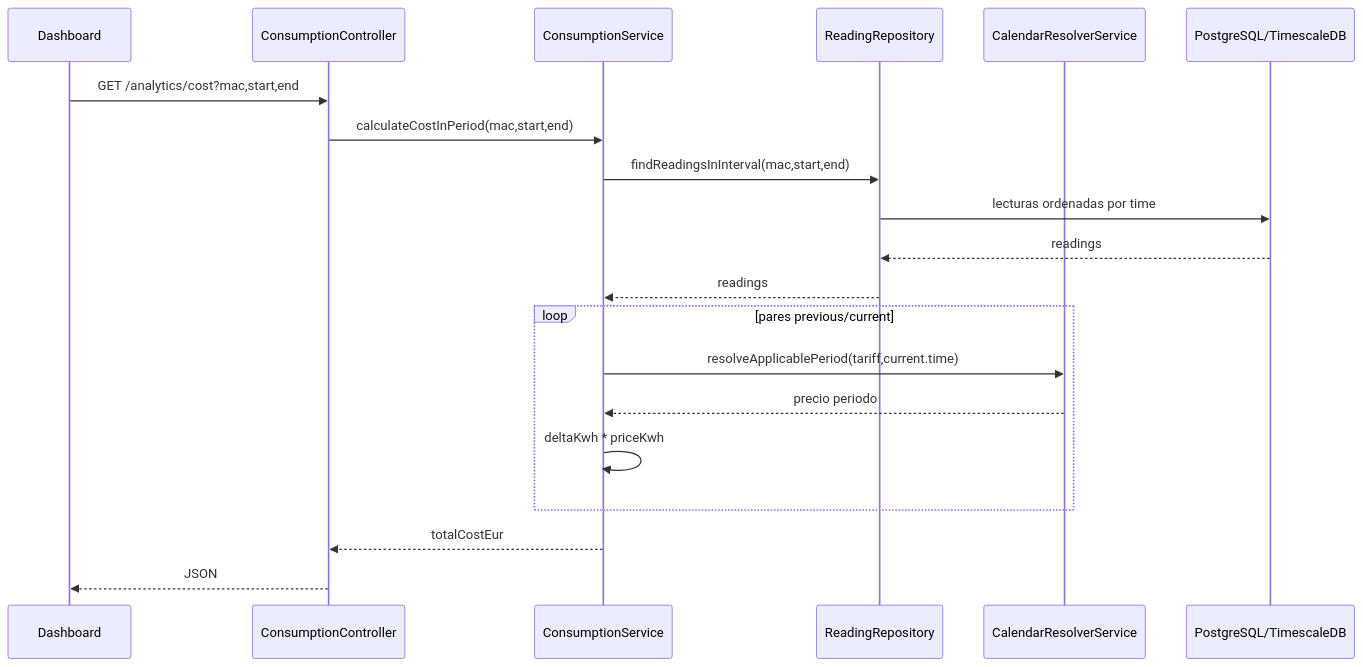
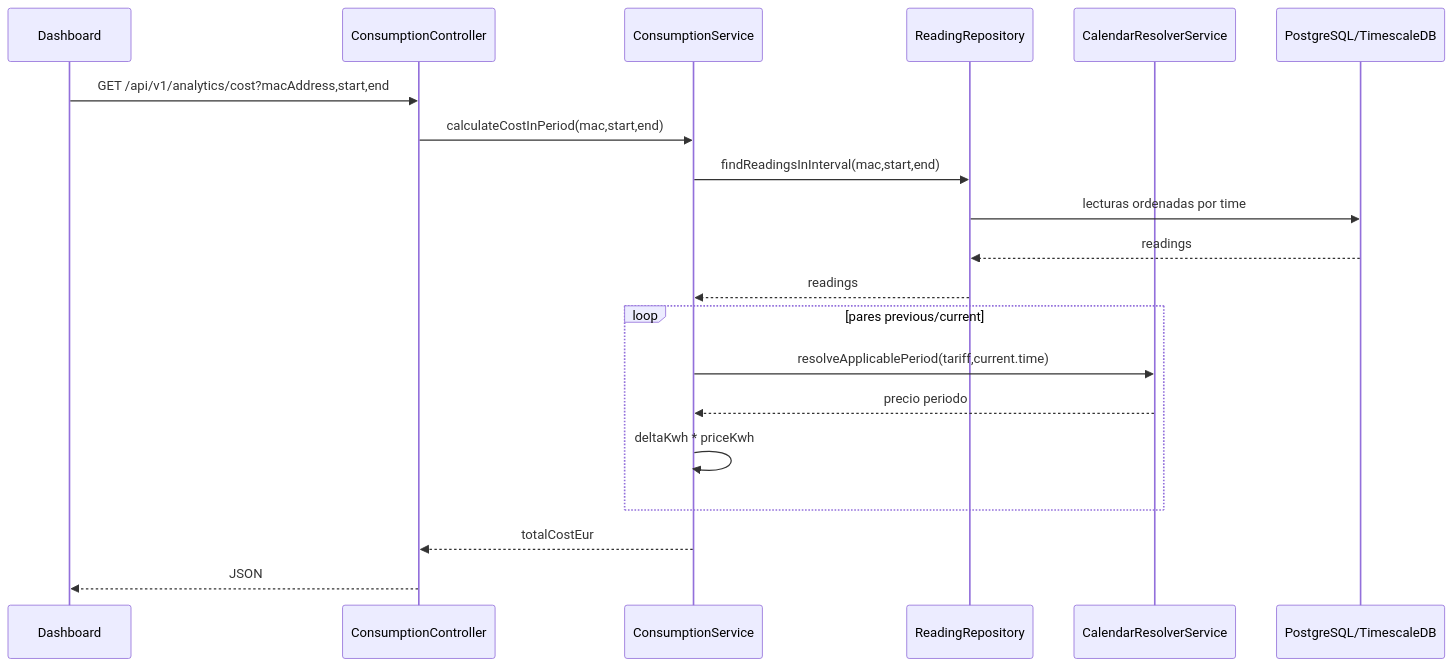
Before and after one commit to joellmar/wattpath-app: the seventh of 7 diagrams in docs-canvas/arquitectura-wattimizer.md, drawn with Mermaid. The commit also changed 1 other file, not shown here.

Commit message:
docs: refine DAW documentation references

````diff
--- a/docs-canvas/arquitectura-wattimizer.md
+++ b/docs-canvas/arquitectura-wattimizer.md
@@ -128,23 +128,23 @@
 ```mermaid
 sequenceDiagram
     participant UI as Dashboard
     participant API as ConsumptionController
     participant CS as ConsumptionService
     participant RR as ReadingRepository
     participant CAL as CalendarResolverService
     participant DB as PostgreSQL/TimescaleDB
 
-    UI->>API: GET /analytics/cost?mac,start,end
+    UI->>API: GET /api/v1/analytics/cost?macAddress,start,end
     API->>CS: calculateCostInPeriod(mac,start,end)
     CS->>RR: findReadingsInInterval(mac,start,end)
     RR->>DB: lecturas ordenadas por time
     DB-->>RR: readings
     RR-->>CS: readings
     loop pares previous/current
         CS->>CAL: resolveApplicablePeriod(tariff,current.time)
         CAL-->>CS: precio periodo
         CS->>CS: deltaKwh * priceKwh
     end
     CS-->>API: totalCostEur
     API-->>UI: JSON
 ```
````
